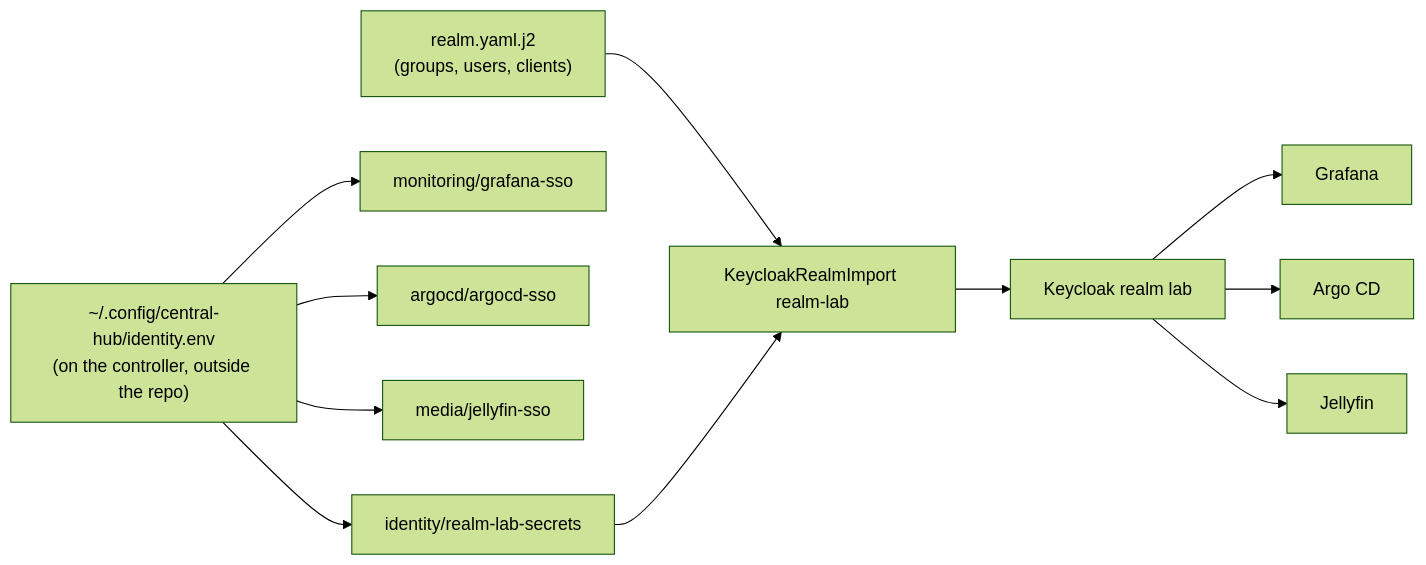
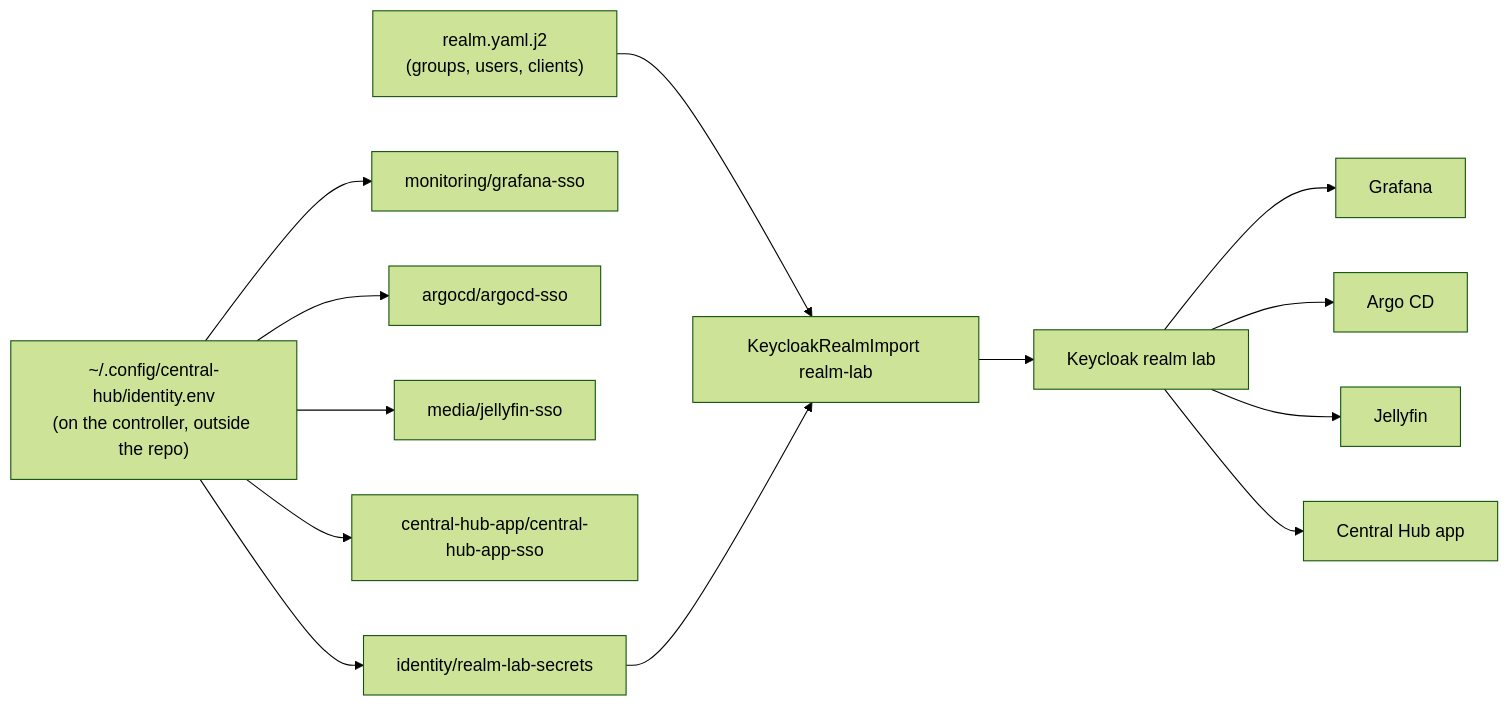
One commit to jonhill90/central-hub changed the diagram in docs/runbooks/set-up-lab-sign-in.md. Above: the diagram before and after it, drawn with Mermaid (forest theme). The commit also changed other lines of this file and 15 other files, not shown here.

First line of the commit message:
feat: add Keycloak sign-in for the Central Hub app as code

````diff
--- a/docs/runbooks/set-up-lab-sign-in.md
+++ b/docs/runbooks/set-up-lab-sign-in.md
@@ -19,11 +19,12 @@
 ```mermaid
 flowchart LR
   env["~/.config/central-hub/identity.env<br/>(on the controller, outside the repo)"] --> s1["identity/realm-lab-secrets"]
   env --> g["monitoring/grafana-sso"]
   env --> a["argocd/argocd-sso"]
   env --> j["media/jellyfin-sso"]
+  env --> h["central-hub-app/central-hub-app-sso"]
   code["realm.yaml.j2<br/>(groups, users, clients)"] --> imp["KeycloakRealmImport realm-lab"]
   s1 --> imp
   imp --> kc["Keycloak realm lab"]
-  kc --> Grafana & ArgoCD["Argo CD"] & Jellyfin
+  kc --> Grafana & ArgoCD["Argo CD"] & Jellyfin & Hub["Central Hub app"]
 ```
````
